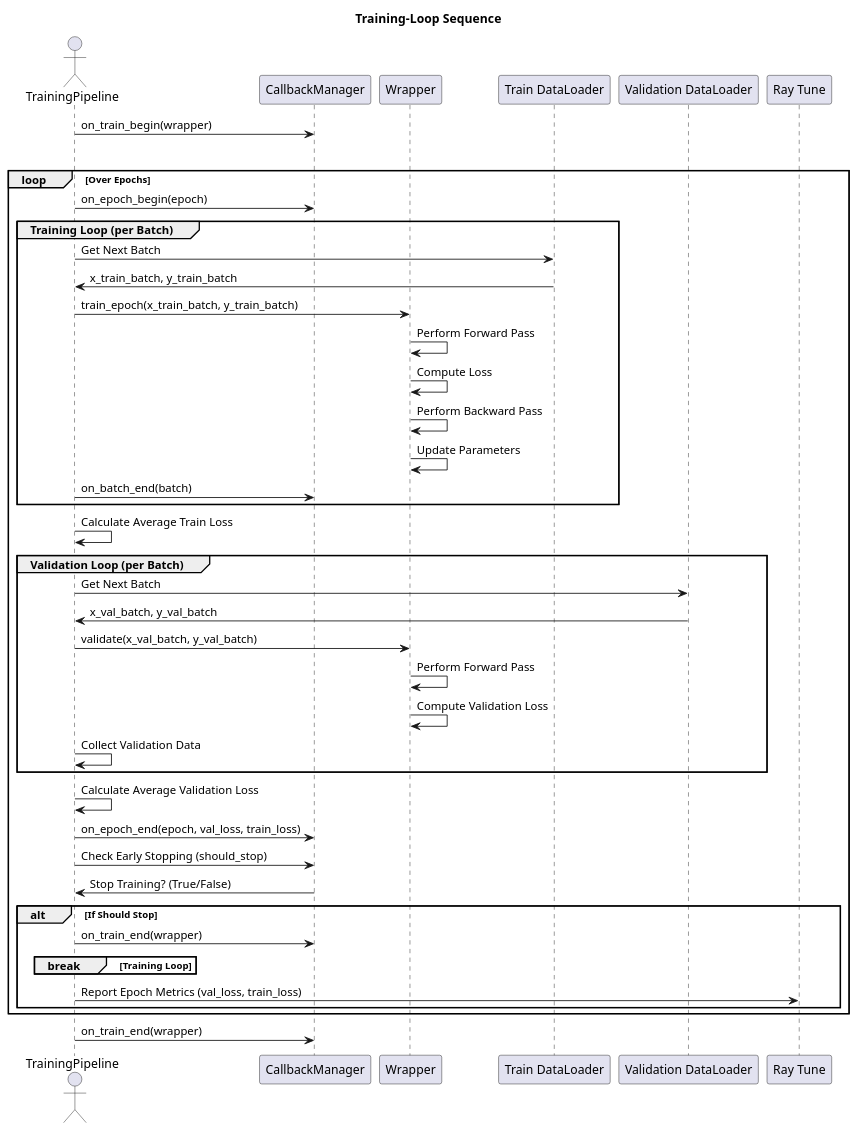
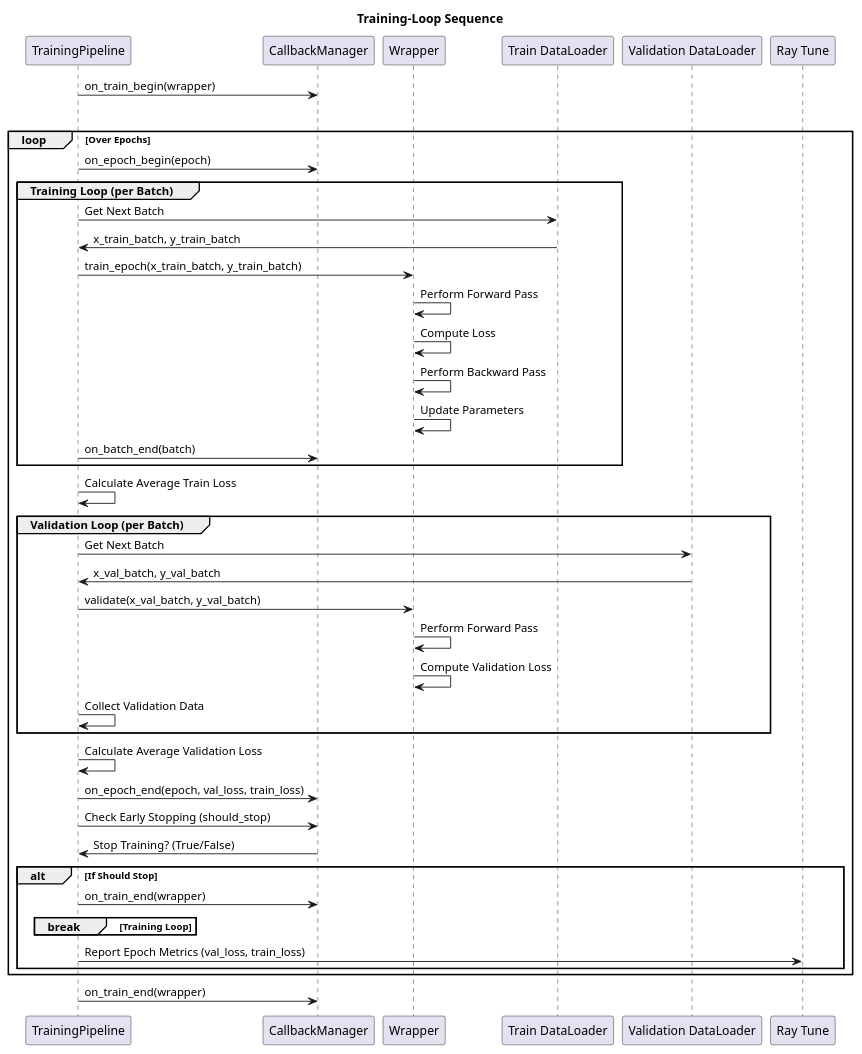
One commit to thomasgugatschka/time-series-nn-forecast-lab changed the diagram in docs/40_workflow/training-loop_sequence.puml. Above: the diagram before and after it, drawn with PlantUML. The commit also changed 32 other files, not shown here.

```diff
--- a/docs/40_workflow/training-loop_sequence.puml
+++ b/docs/40_workflow/training-loop_sequence.puml
@@ -1,55 +1,55 @@
 @startuml
 
 title Training-Loop Sequence
 
-actor "TrainingPipeline" as TP
+participant "TrainingPipeline" as TP
 participant "CallbackManager" as CBM
 participant "Wrapper" as WRAP
 participant "Train DataLoader" as TrainLoader
 participant "Validation DataLoader" as ValLoader
 participant "Ray Tune" as RayTune
 
 TP -> CBM: on_train_begin(wrapper)
 
 group Training Process (Over Epochs)
     loop Over Epochs
         TP -> CBM: on_epoch_begin(epoch)
 
         group Training Loop (per Batch)
             TP -> TrainLoader: Get Next Batch
             TrainLoader -> TP: x_train_batch, y_train_batch
             TP -> WRAP: train_epoch(x_train_batch, y_train_batch)
             WRAP -> WRAP: Perform Forward Pass
             WRAP -> WRAP: Compute Loss
             WRAP -> WRAP: Perform Backward Pass
             WRAP -> WRAP: Update Parameters
             TP -> CBM: on_batch_end(batch)
         end
 
         TP -> TP: Calculate Average Train Loss
 
         group Validation Loop (per Batch)
             TP -> ValLoader: Get Next Batch
             ValLoader -> TP: x_val_batch, y_val_batch
             TP -> WRAP: validate(x_val_batch, y_val_batch)
             WRAP -> WRAP: Perform Forward Pass
             WRAP -> WRAP: Compute Validation Loss
             TP -> TP: Collect Validation Data
         end
 
         TP -> TP: Calculate Average Validation Loss
         TP -> CBM: on_epoch_end(epoch, val_loss, train_loss)
 
         TP -> CBM: Check Early Stopping (should_stop)
         CBM -> TP: Stop Training? (True/False)
         alt If Should Stop
             TP -> CBM: on_train_end(wrapper)
             break Training Loop
         end
 
         TP -> RayTune: Report Epoch Metrics (val_loss, train_loss)
     end
 end
 
 TP -> CBM: on_train_end(wrapper)
 @enduml
```
